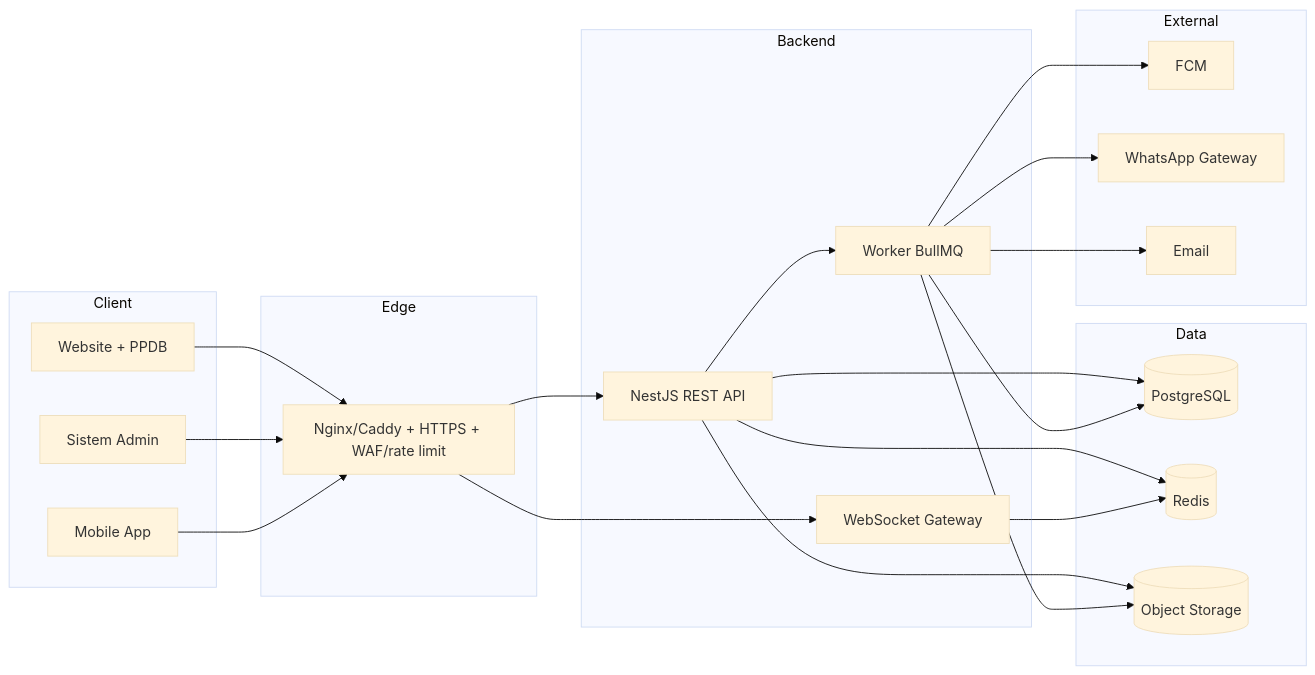
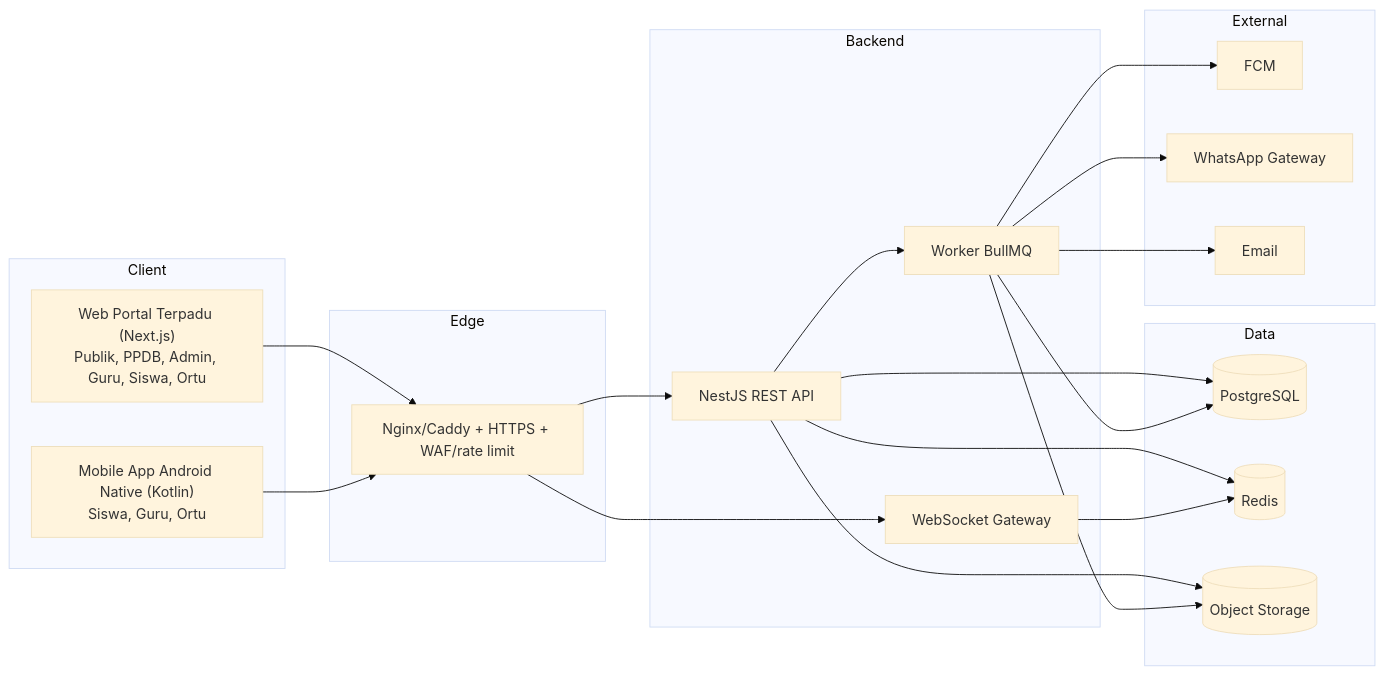
One commit to faruqadrean7/SISTLABUM changed the first of 5 diagrams in 03_ARCHITECTURE.md. Above: the diagram before and after it, drawn with Mermaid (base theme). The commit also changed 6 other files, not shown here.

Commit message:
docs(unified-portal): selaraskan prd dan master design untuk dual-platform web dan android siswa guru ortu

````diff
--- a/03_ARCHITECTURE.md
+++ b/03_ARCHITECTURE.md
@@ -4,41 +4,39 @@
 ```mermaid
 flowchart LR
   subgraph Client
-    W[Website + PPDB]
-    A[Sistem Admin]
-    M[Mobile App]
+    WP["Web Portal Terpadu (Next.js)<br/>Publik, PPDB, Admin, Guru, Siswa, Ortu"]
+    MA["Mobile App Android Native (Kotlin)<br/>Siswa, Guru, Ortu"]
   end
   subgraph Edge
     P[Nginx/Caddy + HTTPS + WAF/rate limit]
   end
   subgraph Backend
     API[NestJS REST API]
     WS[WebSocket Gateway]
     WK[Worker BullMQ]
   end
   subgraph Data
     DB[(PostgreSQL)]
     RD[(Redis)]
     S3[(Object Storage)]
   end
   subgraph External
     FCM[FCM]
     WA[WhatsApp Gateway]
     ML[Email]
   end
-  W --> P
-  A --> P
-  M --> P
+  WP --> P
+  MA --> P
   P --> API
   P --> WS
   API --> DB
   API --> RD
   API --> S3
   WS --> RD
   API --> WK
   WK --> DB
   WK --> S3
   WK --> FCM
   WK --> WA
   WK --> ML
 ```
````
